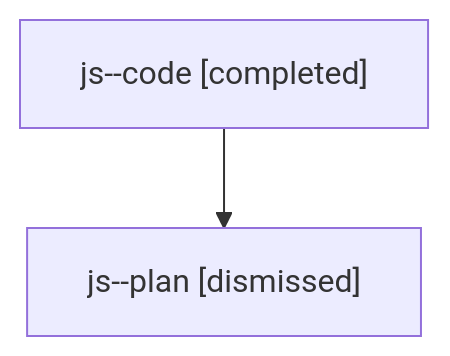
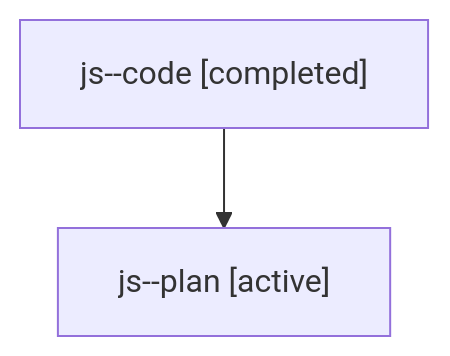
One commit to sase-org/sase--agents changed the diagram in families/bbugyi200.athena.js.md. Above: the diagram before and after it, drawn with Mermaid. The commit also changed other lines of this file and 8679 other files, not shown here.

````diff
--- a/families/bbugyi200.athena.js.md
+++ b/families/bbugyi200.athena.js.md
@@ -9,6 +9,6 @@
 ```mermaid
 flowchart TD
   n0["js--code [completed]"]
-  n1["js--plan [dismissed]"]
+  n1["js--plan [active]"]
   n0 --> n1
 ```
````
